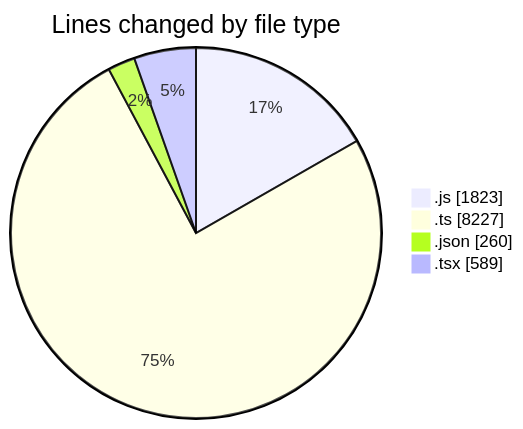
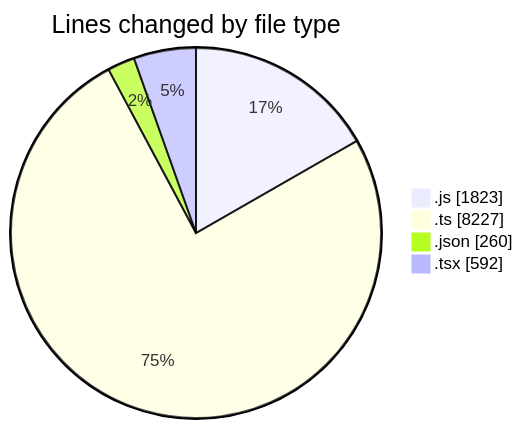
One commit to momahboobian/code-tracking changed the first of 2 diagrams in 2026-04-08/cda/README.md. Above: the diagram before and after it, drawn with Mermaid. The commit also changed other lines of this file and 1 other file, not shown here.

````diff
--- a/2026-04-08/cda/README.md
+++ b/2026-04-08/cda/README.md
@@ -30,8 +30,8 @@
 ```mermaid
 pie showData
 title Lines changed by file type
 ".js" : 1823
 ".ts" : 8227
 ".json" : 260
-".tsx" : 589
+".tsx" : 592
 ```
````
